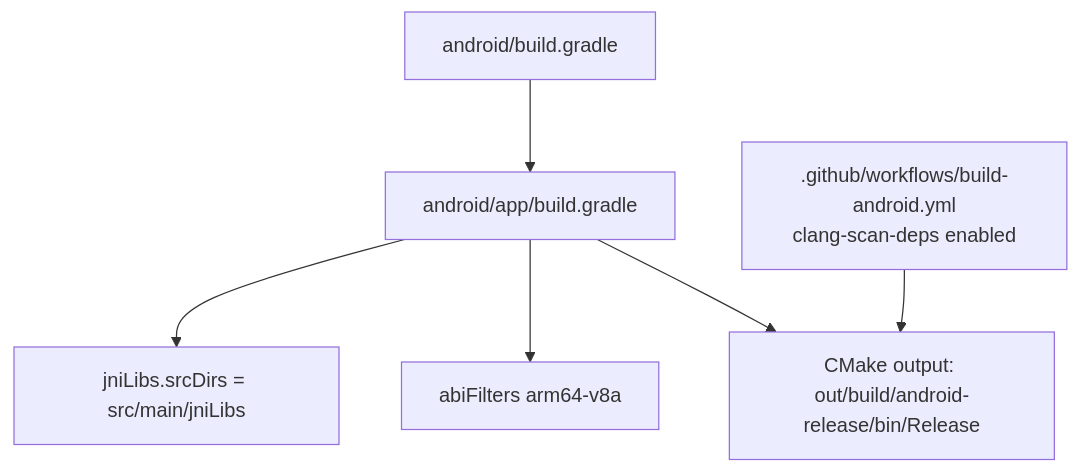
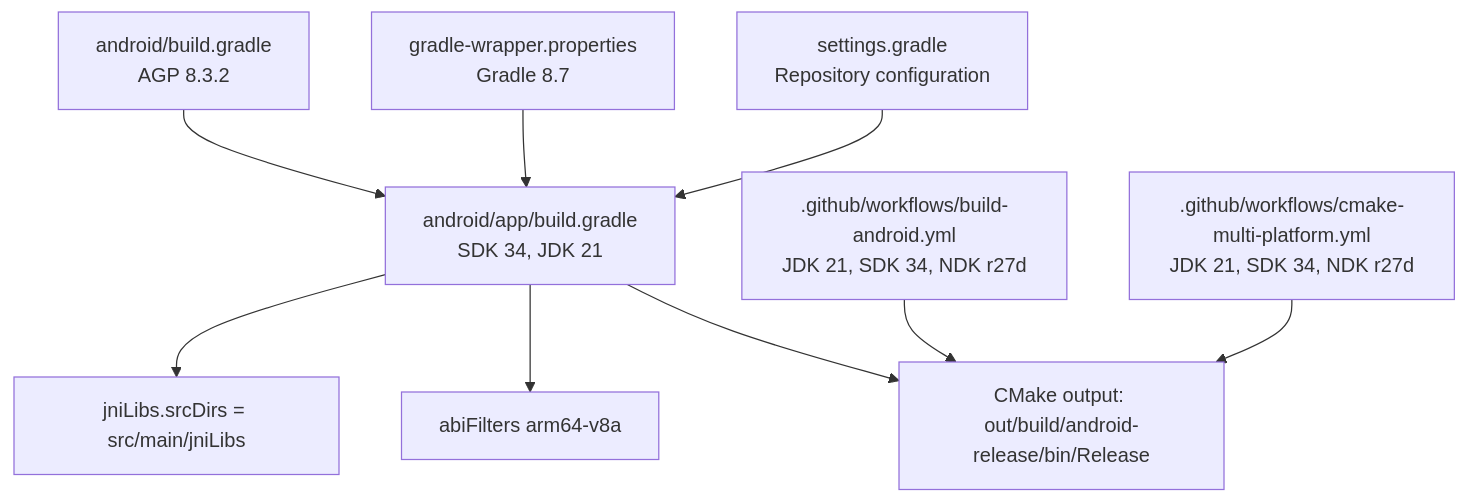
Diagram 17 of 18 in .qoder/repowiki/en/content/Getting Started/Multi-Platform Build System.md (hsmbanlance/HsBaSlicer), drawn with Mermaid before and after one commit. The commit also changed other lines of this file and 14 other files, not shown here.

````diff
--- a/.qoder/repowiki/en/content/Getting Started/Multi-Platform Build System.md
+++ b/.qoder/repowiki/en/content/Getting Started/Multi-Platform Build System.md
@@ -606,8 +632,11 @@
 ```mermaid
 graph TB
-Gradle["android/build.gradle"] --> AppGradle["android/app/build.gradle"]
+Gradle["android/build.gradle<br/>AGP 8.3.2"] --> AppGradle["android/app/build.gradle<br/>SDK 34, JDK 21"]
 AppGradle --> JNILibs["jniLibs.srcDirs = src/main/jniLibs"]
 AppGradle --> ABIs["abiFilters arm64-v8a"]
 AppGradle --> CMakeOut["CMake output: out/build/android-release/bin/Release"]
-AndroidCI[".github/workflows/build-android.yml<br/>clang-scan-deps enabled"] --> CMakeOut
+AndroidCI[".github/workflows/build-android.yml<br/>JDK 21, SDK 34, NDK r27d"] --> CMakeOut
+MultiPlatform[".github/workflows/cmake-multi-platform.yml<br/>JDK 21, SDK 34, NDK r27d"] --> CMakeOut
+GradleWrapper["gradle-wrapper.properties<br/>Gradle 8.7"] --> AppGradle
+SettingsGradle["settings.gradle<br/>Repository configuration"] --> AppGradle
 ```
````
